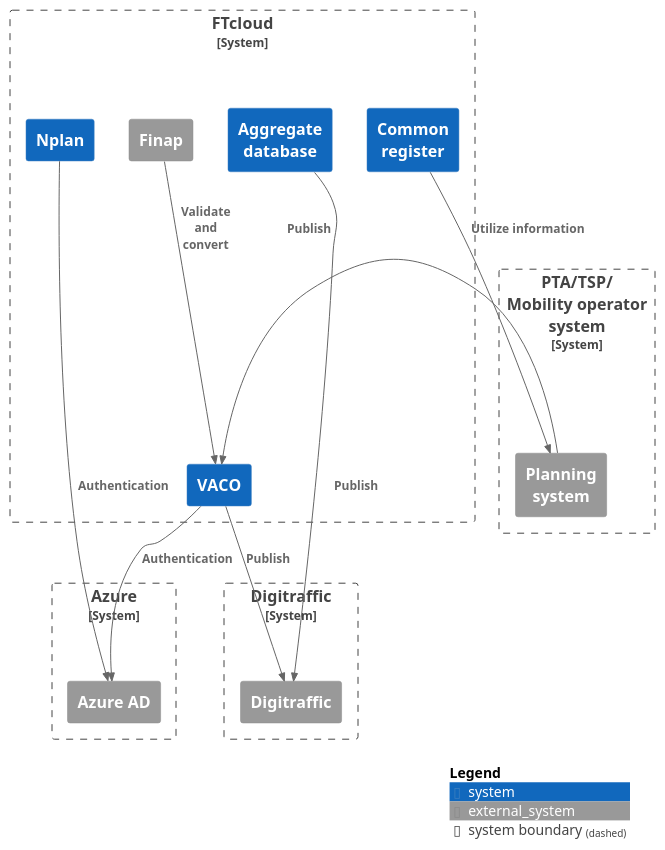
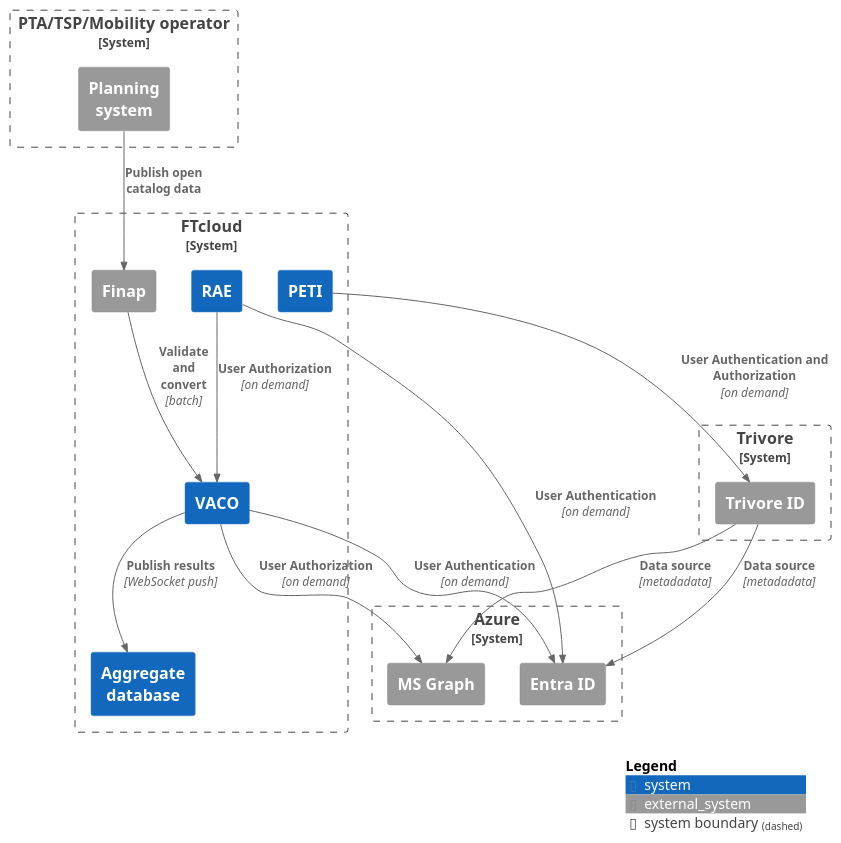
The diagram in architecture/tis/c4/l1_technical_context.puml (tmfg/digitraffic-tis-utilities), drawn with PlantUML before and after one commit. The commit also changed 9 other files, not shown here.

First line of the commit message:
update vaco's main diagrams to make them resemble the actual implementation

```diff
--- a/architecture/tis/c4/l1_technical_context.puml
+++ b/architecture/tis/c4/l1_technical_context.puml
@@ -1,39 +1,41 @@
 @startuml Technical context
 !include https://raw.githubusercontent.com/plantuml-stdlib/C4-PlantUML/master/C4_Context.puml
 
-LAYOUT_TOP_DOWN()
-
 System_Boundary(ftcloud,"FTcloud") {
     System(vaco,"VACO")
-    System(nplan,"Nplan")
+    System(ura,"RAE")
+    System(peti,"PETI")
     System(aggdb,"Aggregate \ndatabase")
-    System(commonr,"Common \nregister")
     System_Ext(finap,"Finap")
 }
 
 System_Boundary(azure,"Azure") {
-    System_Ext(azuread,"Azure AD")
+    System_Ext(auth_entraid,"Entra ID")
+    System_Ext(auth_msgraph,"MS Graph")
+}
+System_Boundary(trivore,"Trivore") {
+    System_Ext(auth_trivoreid,"Trivore ID")
 }
 
-System_Boundary(dt1,"Digitraffic") {
-    System_Ext(digitraffic,"Digitraffic")
-}
-
-System_Boundary(pta_sys,"PTA/TSP/\nMobility operator \nsystem") {
+System_Boundary(pta_sys,"PTA/TSP/Mobility operator") {
     System_Ext(psystem,"Planning \nsystem")
 }
 
-Rel(vaco,azuread,"Authentication")
-Rel(nplan,azuread,"Authentication")
+Rel(vaco,auth_entraid,"User Authentication", "on demand")
+Rel(ura,auth_entraid,"User Authentication", "on demand")
+Rel(peti,auth_trivoreid,"User Authentication and Authorization", "on demand")
 
-Rel(finap,vaco,"Validate \nand \nconvert")
+Rel(ura,vaco,"User Authorization", "on demand")
+Rel(vaco,auth_msgraph,"User Authorization", "on demand")
 
-Rel(vaco,digitraffic,"Publish")
-Rel(aggdb,digitraffic,"Publish")
+Rel(auth_trivoreid,auth_entraid,"Data source", "metadadata")
+Rel(auth_trivoreid,auth_msgraph,"Data source", "metadadata")
 
-Rel(psystem,vaco,"Publish")
+Rel(finap,vaco,"Validate \nand \nconvert", "batch")
 
-Rel(commonr,psystem,"Utilize information")
+Rel(vaco,aggdb,"Publish results", "WebSocket push")
+
+Rel(psystem,finap,"Publish open\ncatalog data")
 
 SHOW_LEGEND()
 @enduml
```
